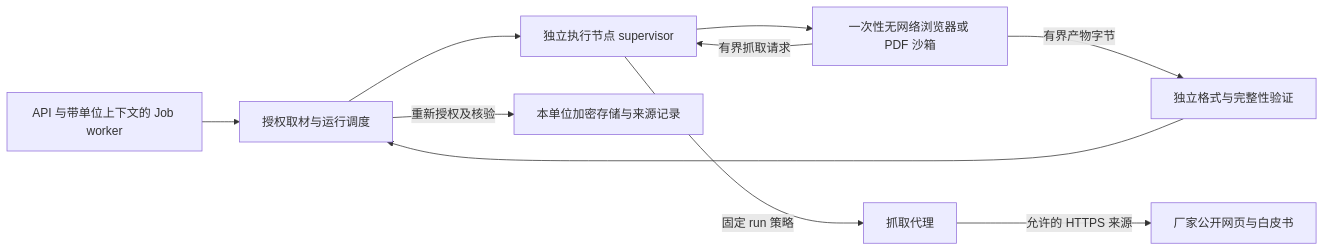
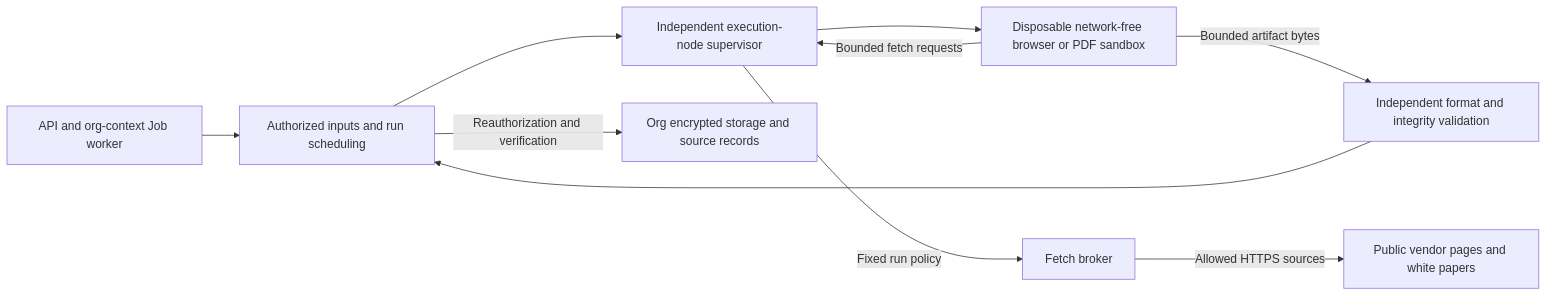
One commit to yiyiSmallti/ai-bid-tool changed the diagram in docs/plan/sandbox.md. Above: the diagram before and after it, drawn with Mermaid. The commit also changed other lines of this file and 45 other files, not shown here.

````diff
--- a/docs/plan/sandbox.md
+++ b/docs/plan/sandbox.md
@@ -98,12 +62,12 @@
 ```mermaid
 flowchart LR
-    A[API 与带单位上下文的 Job worker] --> B[授权取材与运行调度]
-    B --> C[独立执行节点 supervisor]
-    C --> D[一次性无网络浏览器或 PDF 沙箱]
-    D -->|有界抓取请求| C
-    C -->|固定 run 策略| P[抓取代理]
-    P -->|允许的 HTTPS 来源| W[厂家公开网页与白皮书]
-    D -->|有界产物字节| V[独立格式与完整性验证]
+    A[API and org-context Job worker] --> B[Authorized inputs and run scheduling]
+    B --> C[Independent execution-node supervisor]
+    C --> D[Disposable network-free browser or PDF sandbox]
+    D -->|Bounded fetch requests| C
+    C -->|Fixed run policy| P[Fetch broker]
+    P -->|Allowed HTTPS sources| W[Public vendor pages and white papers]
+    D -->|Bounded artifact bytes| V[Independent format and integrity validation]
     V --> B
-    B -->|重新授权及核验| S[本单位加密存储与来源记录]
+    B -->|Reauthorization and verification| S[Org encrypted storage and source records]
 ```
````
